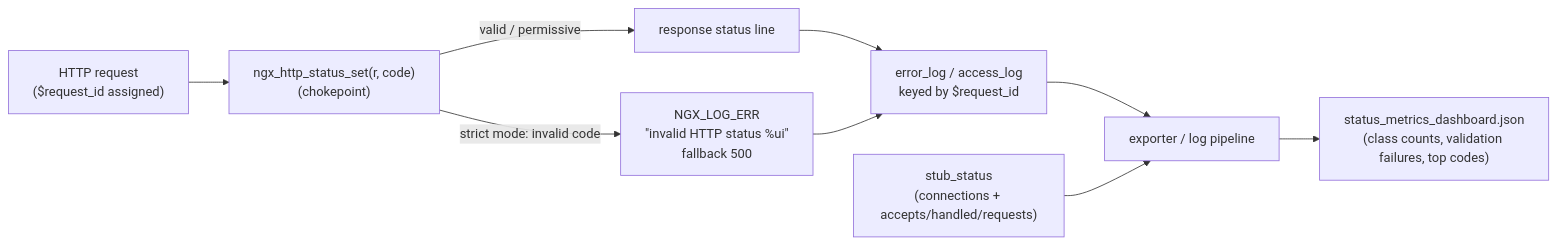
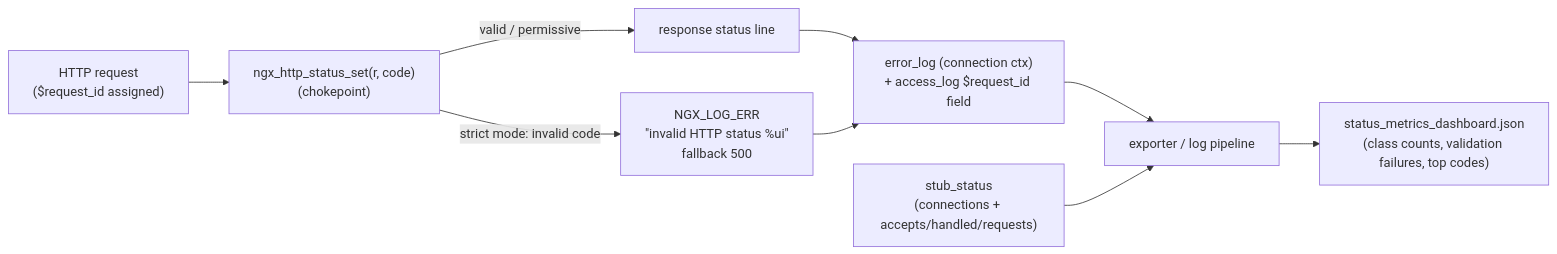
The diagram in docs/observability/status_codes_observability.md (Blitzy-Sandbox/blitzy-nginx), drawn with Mermaid before and after one commit. The commit also changed other lines of this file and 5 other files, not shown here.

````diff
--- a/docs/observability/status_codes_observability.md
+++ b/docs/observability/status_codes_observability.md
@@ -17,11 +17,11 @@
 ```mermaid
 flowchart LR
     req["HTTP request<br/>($request_id assigned)"] --> set["ngx_http_status_set(r, code)<br/>(chokepoint)"]
     set -->|"valid / permissive"| out["response status line"]
     set -->|"strict mode: invalid code"| err["NGX_LOG_ERR<br/>&quot;invalid HTTP status %ui&quot;<br/>fallback 500"]
-    out --> log["error_log / access_log<br/>keyed by $request_id"]
+    out --> log["error_log (connection ctx)<br/>+ access_log $request_id field"]
     err --> log
     log --> exp["exporter / log pipeline"]
     stub["stub_status<br/>(connections + accepts/handled/requests)"] --> exp
     exp --> dash["status_metrics_dashboard.json<br/>(class counts, validation failures, top codes)"]
 ```
````
